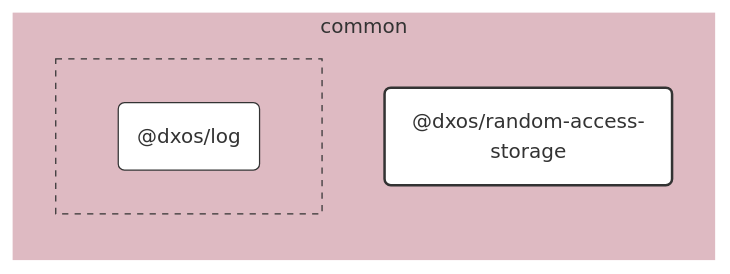
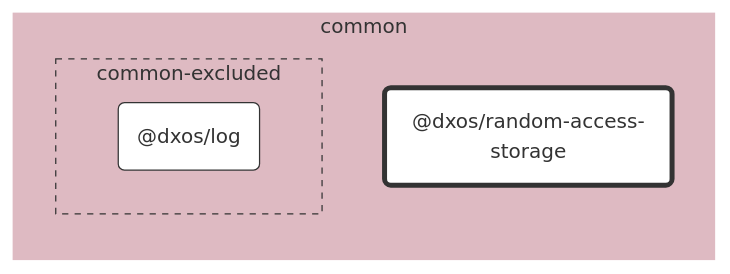
One commit to dxos/dxos changed the diagram in packages/common/random-access-storage/docs/README.md. Above: the diagram before and after it, drawn with Mermaid. The commit also changed 683 other files, not shown here.

````diff
--- a/packages/common/random-access-storage/docs/README.md
+++ b/packages/common/random-access-storage/docs/README.md
@@ -7,33 +7,26 @@
 ```mermaid
 %%{ init: {'flowchart':{'curve':'basis'}} }%%
 
 flowchart LR
 
-%% Links
+%% Classes
+classDef def fill:#fff,stroke:#333,stroke-width:1px
+classDef root fill:#fff,stroke:#333,stroke-width:4px
 
-%% Sections
-subgraph common
-  style common fill:#debac2,stroke:#fff;
+%% Nodes
 
-  dxos/random-access-storage("@dxos/random-access-storage")
+subgraph common [common]
+  style common fill:#debac2,stroke:#fff
+  dxos/random-access-storage("@dxos/random-access-storage"):::root
+  click dxos/random-access-storage "dxos/dxos/tree/main/packages/common/random-access-storage/docs"
 
-  subgraph common-excluded [ ]
-    style common-excluded fill:#debac2,stroke:#333,stroke-dasharray:5 5;
-
-    dxos/log("@dxos/log")
+  subgraph common-excluded [common-excluded]
+    style common-excluded fill:#debac2,stroke:#333,stroke-dasharray:5 5
+    dxos/log("@dxos/log"):::def
+    click dxos/log "dxos/dxos/tree/main/packages/common/log/docs"
   end
 end
 
-
-%% Hyperlinks
-click dxos/log "dxos/dxos/tree/main/packages/common/log/docs";
-
-%% Styles
-classDef rootNode fill:#fff,stroke:#333,stroke-width:2px
-classDef defaultNode fill:#fff,stroke:#333,stroke-width:1px
+%% Links
 linkStyle default stroke:#333,stroke-width:1px
-
-dxos/random-access-storage:::rootNode
-
-dxos/log:::defaultNode
 ```
````
